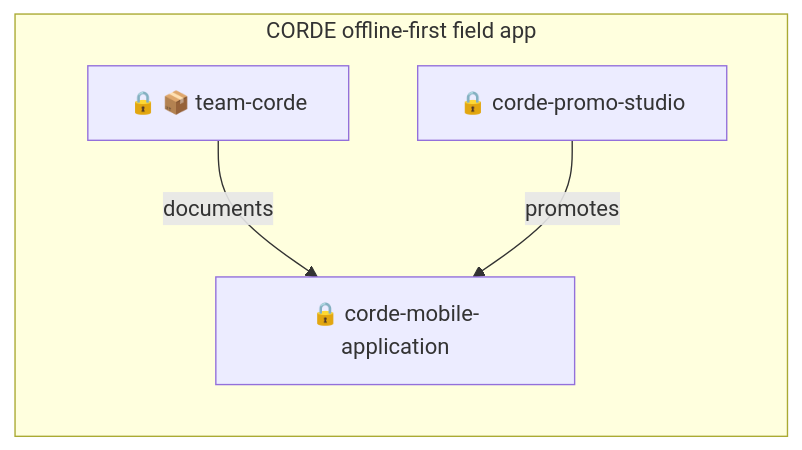
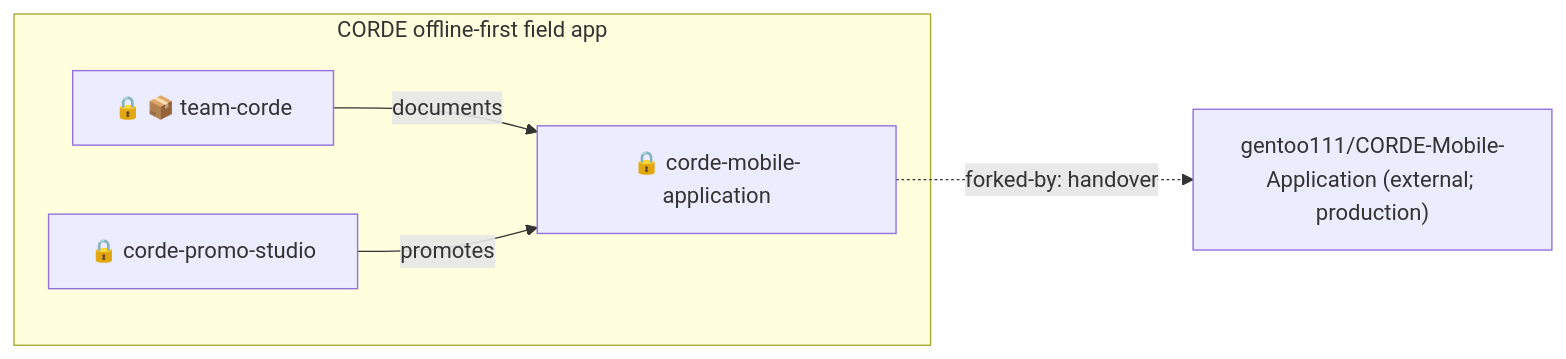
Diagram 13 of 15 in docs/ecosystem/README.md (ChanMeng666/ChanMeng666), drawn with Mermaid before and after one commit. The commit also changed other lines of this file and 2 other files, not shown here.

````diff
--- a/docs/ecosystem/README.md
+++ b/docs/ecosystem/README.md
@@ -434,10 +431,11 @@
 ```mermaid
 flowchart LR
   subgraph corde_field_app["CORDE offline-first field app"]
     n0["🔒 corde-mobile-application"]
     n1["🔒 📦 team-corde"]
     n2["🔒 corde-promo-studio"]
   end
   n1 -->|documents| n0
   n2 -->|promotes| n0
+  n0 -.->|forked-by: handover| x0["gentoo111/CORDE-Mobile-Application (external; production)"]
 ```
````
